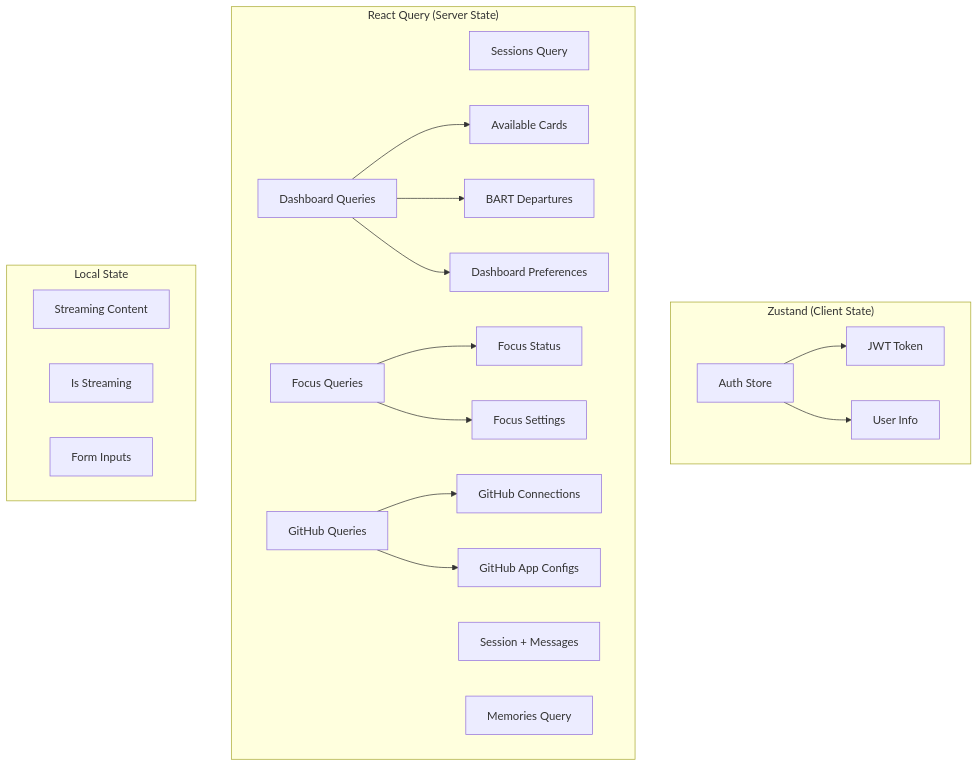
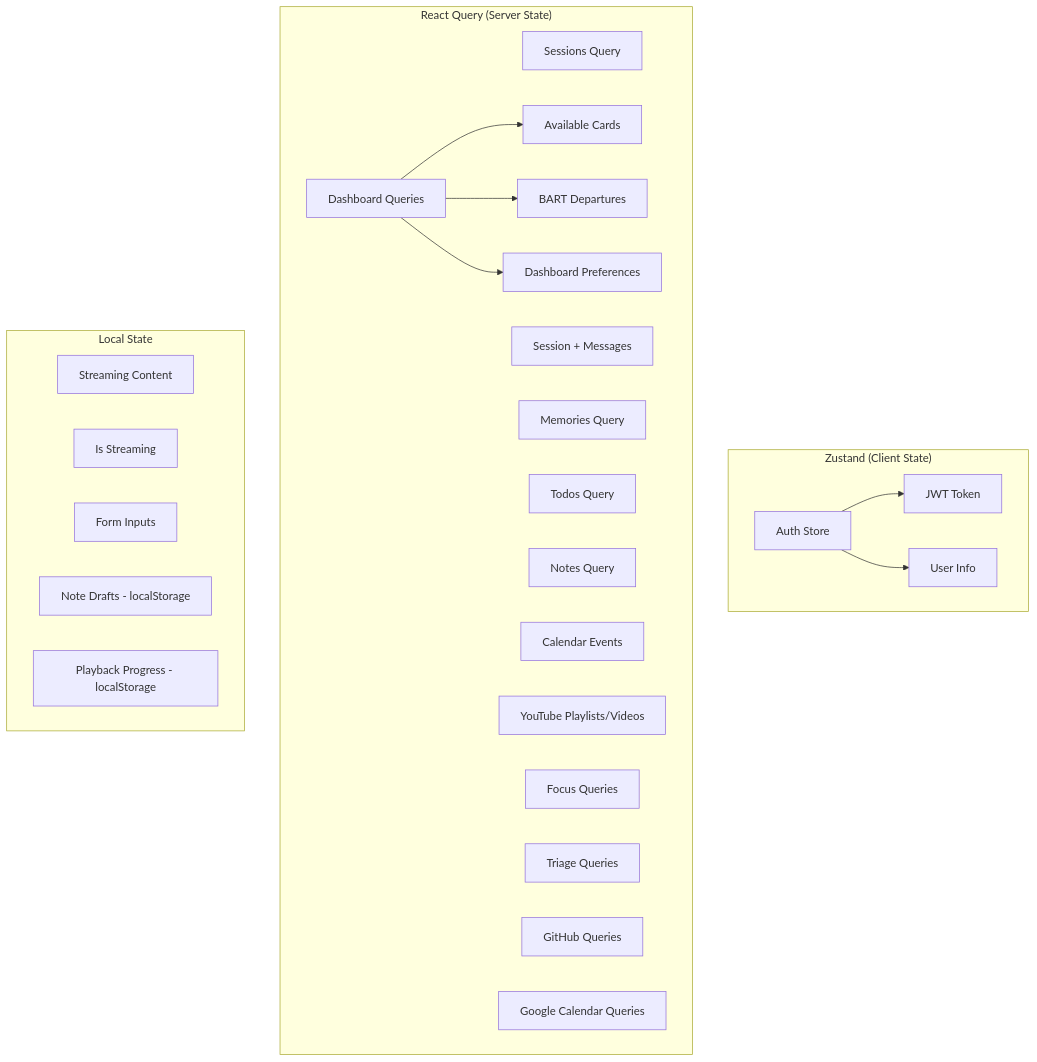
Before and after one commit to tekkno89/alfred-pa: the third of 4 diagrams in .claude/diagrams/frontend-architecture.md, drawn with Mermaid. The commit also changed other lines of this file and 10 other files, not shown here.

First line of the commit message:
docs: Add missing diagrams and update docs for todos, notes, youtube, calendar, and triage

````diff
--- a/.claude/diagrams/frontend-architecture.md
+++ b/.claude/diagrams/frontend-architecture.md
@@ -82,30 +134,34 @@
 ```mermaid
 flowchart TD
     subgraph "Zustand (Client State)"
         AuthStore[Auth Store]
         AuthStore --> Token[JWT Token]
         AuthStore --> User[User Info]
     end
 
     subgraph "React Query (Server State)"
         Sessions[Sessions Query]
         Session[Session + Messages]
         Memories[Memories Query]
+        Todos[Todos Query]
+        Notes[Notes Query]
+        Calendar[Calendar Events]
+        YouTube[YouTube Playlists/Videos]
         Dashboard[Dashboard Queries]
         FocusQueries[Focus Queries]
+        TriageQueries[Triage Queries]
+        GitHubQueries[GitHub Queries]
+        GoogleCalQueries[Google Calendar Queries]
         Dashboard --> AvailableCards[Available Cards]
         Dashboard --> BartDepartures[BART Departures]
         Dashboard --> DashboardPrefs[Dashboard Preferences]
-        FocusQueries --> FocusStatus[Focus Status]
-        FocusQueries --> FocusSettings[Focus Settings]
-        GitHubQueries[GitHub Queries]
-        GitHubQueries --> GitHubConnections[GitHub Connections]
-        GitHubQueries --> GitHubAppConfigs[GitHub App Configs]
     end
 
     subgraph "Local State"
         StreamingContent[Streaming Content]
         IsStreaming[Is Streaming]
         FormInputs[Form Inputs]
+        NoteDrafts[Note Drafts - localStorage]
+        YouTubeProgress[Playback Progress - localStorage]
     end
 ```
````
